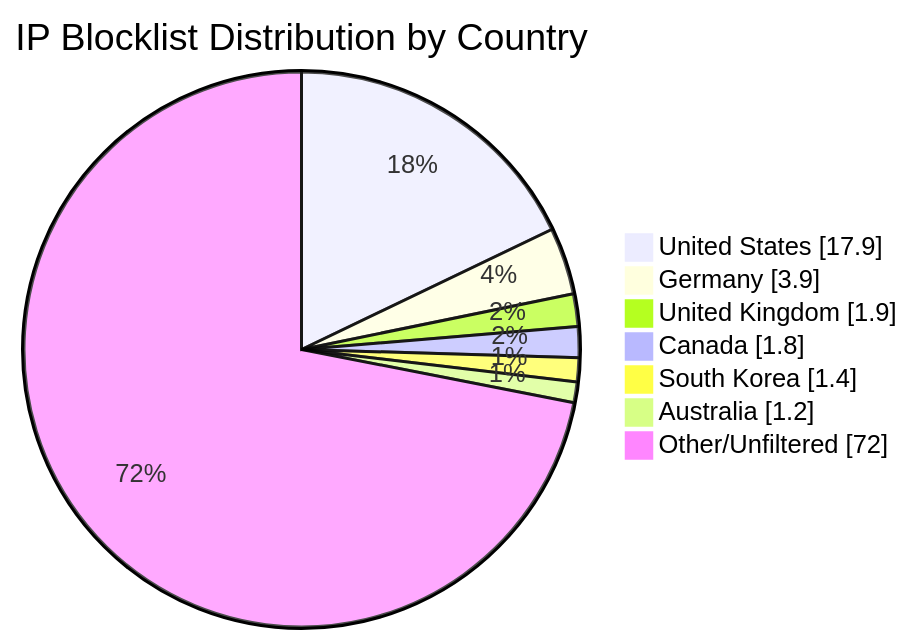
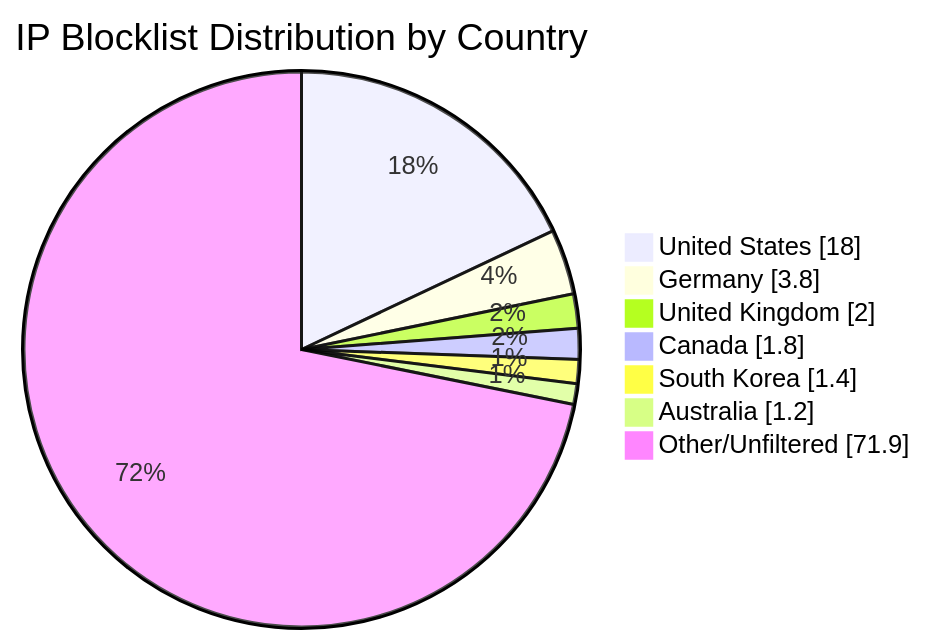
Before and after one commit to MarcusHoltz/ipblocklist-geofiltered-aggregator: the diagram in README.md, drawn with Mermaid. The commit also changed other lines of this file and 9 other files, not shown here.

````diff
--- a/README.md
+++ b/README.md
@@ -34,10 +34,10 @@
 ```mermaid
 pie showData title IP Blocklist Distribution by Country
-"United States" : 17.9
-"Germany" : 3.9
-"United Kingdom" : 1.9
+"United States" : 18.0
+"Germany" : 3.8
+"United Kingdom" : 2.0
 "Canada" : 1.8
 "South Korea" : 1.4
 "Australia" : 1.2
-"Other/Unfiltered" : 72.0
+"Other/Unfiltered" : 71.9
 ```
````
